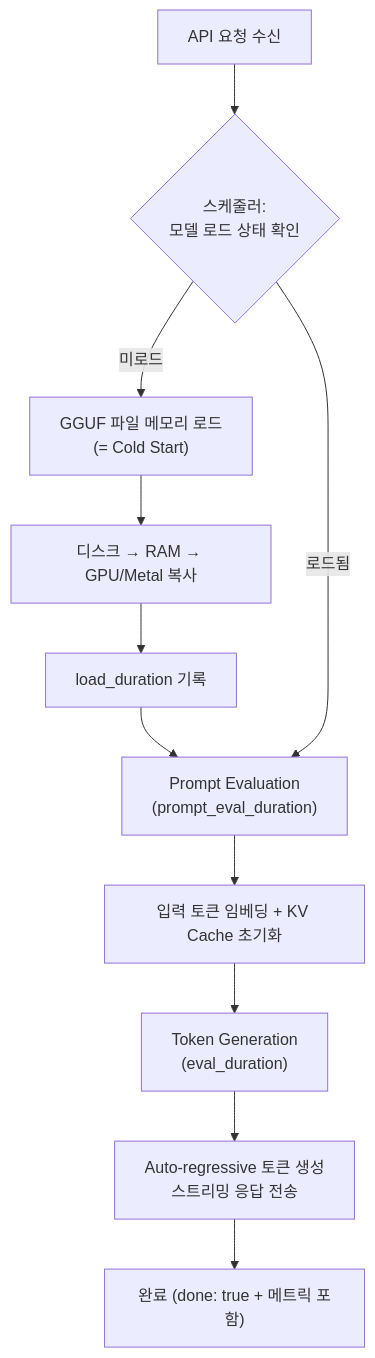
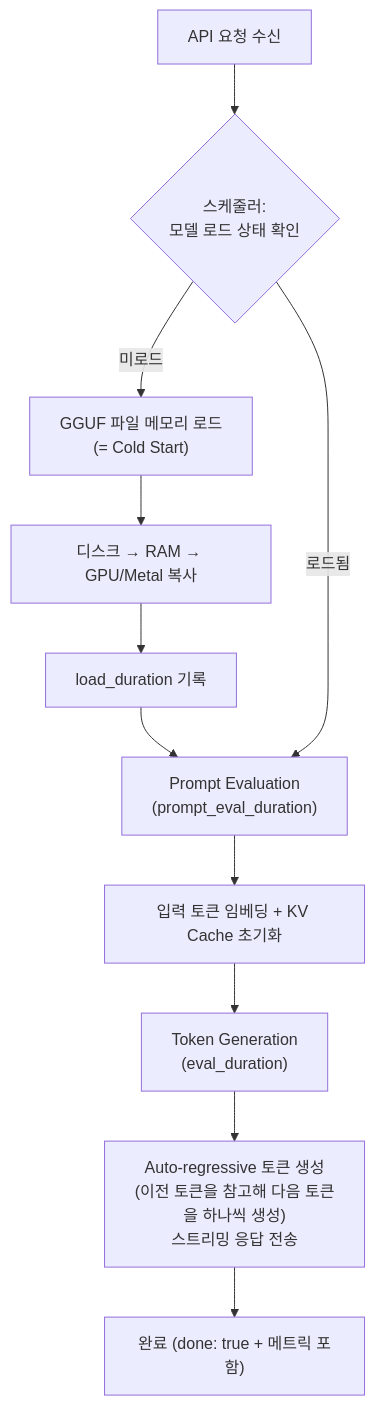
One commit to geonhos/geonhos.github.io changed the first of 2 diagrams in content/posts/ollama-cold-start.md. Above: the diagram before and after it, drawn with Mermaid. The commit also changed other lines of this file and 2 other files, not shown here.

````diff
--- a/content/posts/ollama-cold-start.md
+++ b/content/posts/ollama-cold-start.md
@@ -38,13 +38,13 @@
 ```mermaid
 flowchart TD
     A["API 요청 수신"] --> B{"스케줄러:<br/>모델 로드 상태 확인"}
     B -->|"미로드"| C["GGUF 파일 메모리 로드<br/>(= Cold Start)"]
     C --> C1["디스크 → RAM → GPU/Metal 복사"]
     C1 --> C2["load_duration 기록"]
     C2 --> D
     B -->|"로드됨"| D["Prompt Evaluation<br/>(prompt_eval_duration)"]
     D --> D1["입력 토큰 임베딩 + KV Cache 초기화"]
     D1 --> E["Token Generation<br/>(eval_duration)"]
-    E --> E1["Auto-regressive 토큰 생성<br/>스트리밍 응답 전송"]
+    E --> E1["Auto-regressive 토큰 생성<br/>(이전 토큰을 참고해 다음 토큰을 하나씩 생성)<br/>스트리밍 응답 전송"]
     E1 --> F["완료 (done: true + 메트릭 포함)"]
 ```
````
